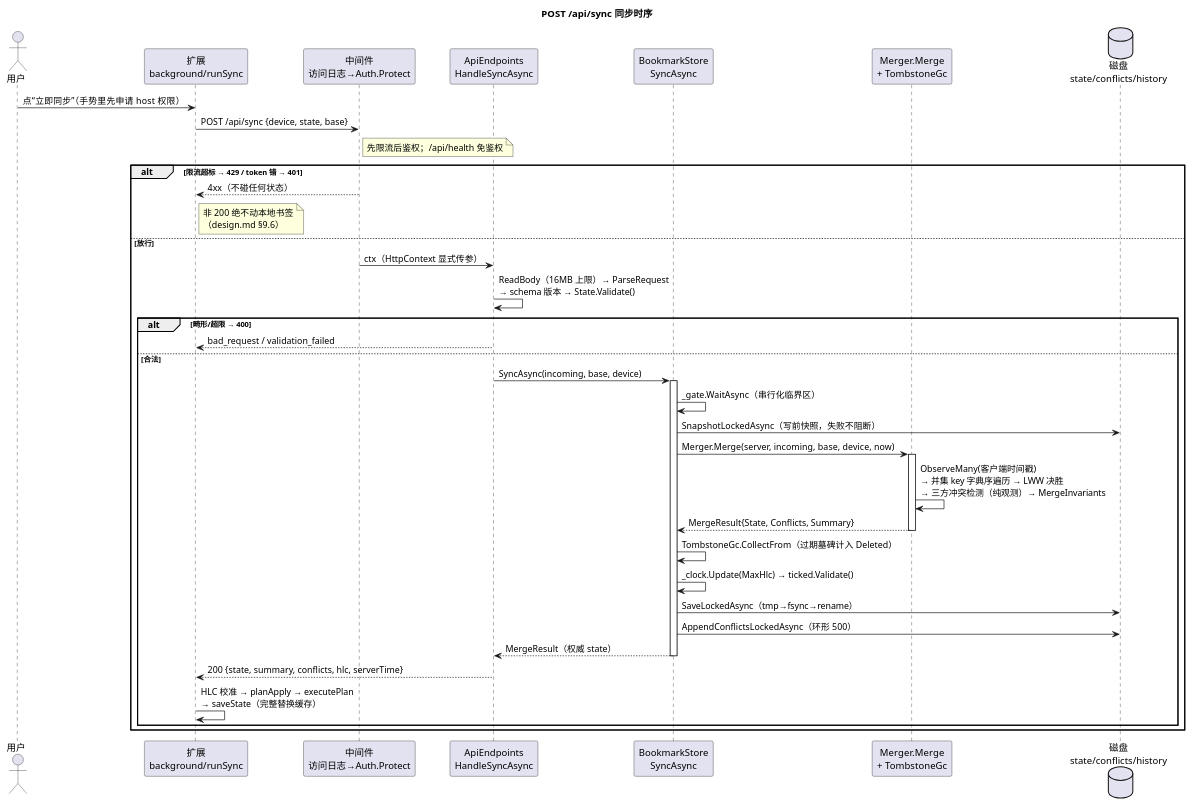
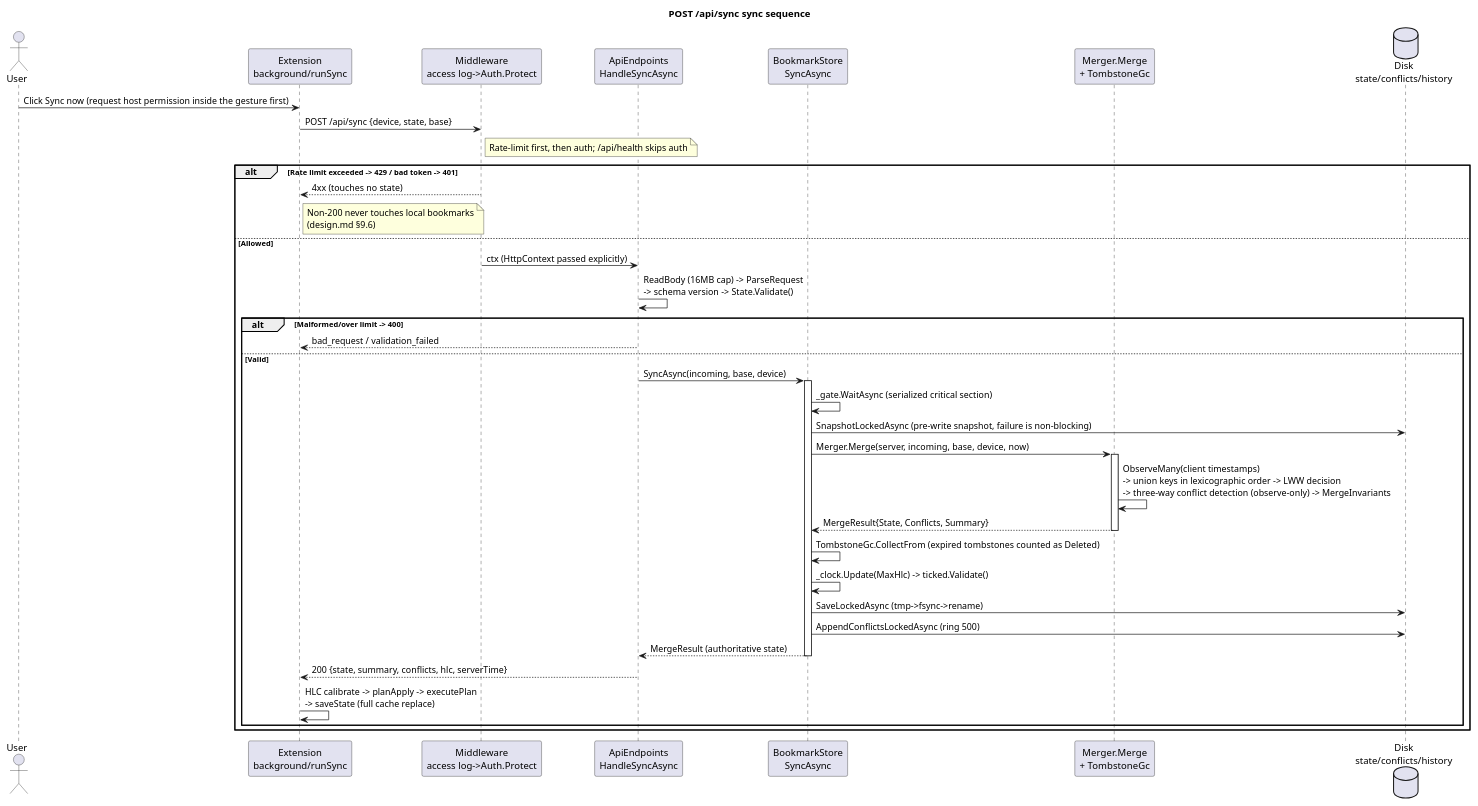
One commit to tilv37/sync-bookmark changed the diagram in docs/c4/seq-sync.puml. Above: the diagram before and after it, drawn with PlantUML. The commit also changed other lines of this file and 94 other files, not shown here.

```diff
--- a/docs/c4/seq-sync.puml
+++ b/docs/c4/seq-sync.puml
@@ -6,44 +6,44 @@
 @startuml seq-sync
-title POST /api/sync 同步时序
+title POST /api/sync sync sequence
 
-actor "用户" as U
-participant "扩展\nbackground/runSync" as Ext
-participant "中间件\n访问日志→Auth.Protect" as Mid
+actor "User" as U
+participant "Extension\nbackground/runSync" as Ext
+participant "Middleware\naccess log->Auth.Protect" as Mid
 participant "ApiEndpoints\nHandleSyncAsync" as Api
 participant "BookmarkStore\nSyncAsync" as Store
 participant "Merger.Merge\n+ TombstoneGc" as Merge
-database "磁盘\nstate/conflicts/history" as Disk
+database "Disk\nstate/conflicts/history" as Disk
 
-U -> Ext : 点“立即同步”（手势里先申请 host 权限）
+U -> Ext : Click Sync now (request host permission inside the gesture first)
 Ext -> Mid : POST /api/sync {device, state, base}
-note right of Mid : 先限流后鉴权；/api/health 免鉴权
+note right of Mid : Rate-limit first, then auth; /api/health skips auth
 
-alt 限流超标 → 429 / token 错 → 401
-  Mid --> Ext : 4xx（不碰任何状态）
-  note right of Ext : 非 200 绝不动本地书签\n（design.md §9.6）
-else 放行
-  Mid -> Api : ctx（HttpContext 显式传参）
-  Api -> Api : ReadBody（16MB 上限）→ ParseRequest\n→ schema 版本 → State.Validate()
-  alt 畸形/超限 → 400
+alt Rate limit exceeded -> 429 / bad token -> 401
+  Mid --> Ext : 4xx (touches no state)
+  note right of Ext : Non-200 never touches local bookmarks\n(design.md §9.6)
+else Allowed
+  Mid -> Api : ctx (HttpContext passed explicitly)
+  Api -> Api : ReadBody (16MB cap) -> ParseRequest\n-> schema version -> State.Validate()
+  alt Malformed/over limit -> 400
     Api --> Ext : bad_request / validation_failed
-  else 合法
+  else Valid
     Api -> Store : SyncAsync(incoming, base, device)
     activate Store
-    Store -> Store : _gate.WaitAsync（串行化临界区）
-    Store -> Disk : SnapshotLockedAsync（写前快照，失败不阻断）
+    Store -> Store : _gate.WaitAsync (serialized critical section)
+    Store -> Disk : SnapshotLockedAsync (pre-write snapshot, failure is non-blocking)
     Store -> Merge : Merger.Merge(server, incoming, base, device, now)
     activate Merge
-    Merge -> Merge : ObserveMany(客户端时间戳)\n→ 并集 key 字典序遍历 → LWW 决胜\n→ 三方冲突检测（纯观测）→ MergeInvariants
+    Merge -> Merge : ObserveMany(client timestamps)\n-> union keys in lexicographic order -> LWW decision\n-> three-way conflict detection (observe-only) -> MergeInvariants
     Merge --> Store : MergeResult{State, Conflicts, Summary}
     deactivate Merge
-    Store -> Store : TombstoneGc.CollectFrom（过期墓碑计入 Deleted）
-    Store -> Store : _clock.Update(MaxHlc) → ticked.Validate()
-    Store -> Disk : SaveLockedAsync（tmp→fsync→rename）
-    Store -> Disk : AppendConflictsLockedAsync（环形 500）
-    Store --> Api : MergeResult（权威 state）
+    Store -> Store : TombstoneGc.CollectFrom (expired tombstones counted as Deleted)
+    Store -> Store : _clock.Update(MaxHlc) -> ticked.Validate()
+    Store -> Disk : SaveLockedAsync (tmp->fsync->rename)
+    Store -> Disk : AppendConflictsLockedAsync (ring 500)
+    Store --> Api : MergeResult (authoritative state)
     deactivate Store
     Api --> Ext : 200 {state, summary, conflicts, hlc, serverTime}
-    Ext -> Ext : HLC 校准 → planApply → executePlan\n→ saveState（完整替换缓存）
+    Ext -> Ext : HLC calibrate -> planApply -> executePlan\n-> saveState (full cache replace)
   end
 end
 @enduml
```
